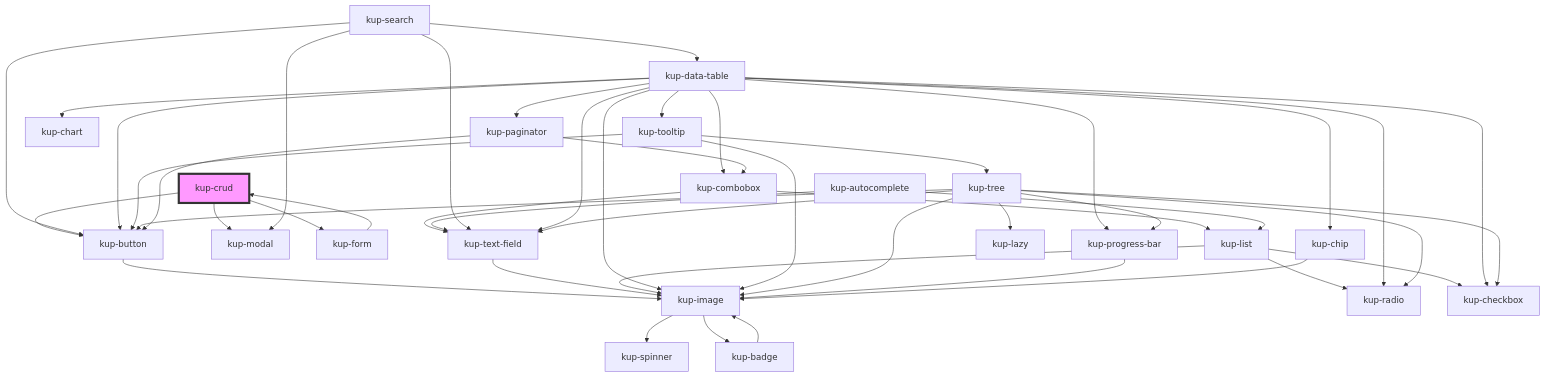
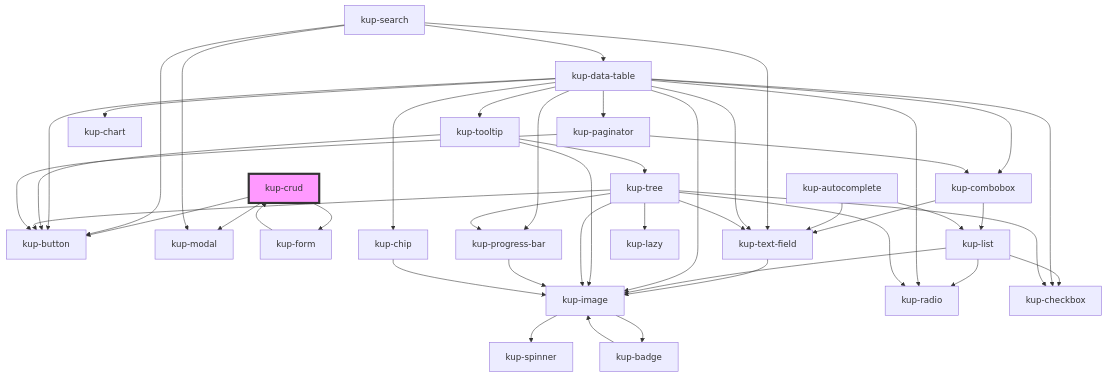
The diagram in packages/ketchup/src/components/kup-crud/readme.md (smeup/ketchup), drawn with Mermaid before and after one commit. The commit also changed 17 other files, not shown here.

Commit message:
Removed kup-image from kup-button.

````diff
--- a/packages/ketchup/src/components/kup-crud/readme.md
+++ b/packages/ketchup/src/components/kup-crud/readme.md
@@ -72,49 +72,48 @@
 ```mermaid
 graph TD;
   kup-crud --> kup-button
   kup-crud --> kup-modal
   kup-crud --> kup-form
-  kup-button --> kup-image
-  kup-image --> kup-spinner
-  kup-image --> kup-badge
-  kup-badge --> kup-image
   kup-form --> kup-crud
   kup-combobox --> kup-text-field
   kup-combobox --> kup-list
   kup-text-field --> kup-image
+  kup-image --> kup-spinner
+  kup-image --> kup-badge
+  kup-badge --> kup-image
   kup-list --> kup-image
   kup-list --> kup-radio
   kup-list --> kup-checkbox
   kup-autocomplete --> kup-text-field
   kup-autocomplete --> kup-list
   kup-search --> kup-text-field
   kup-search --> kup-button
   kup-search --> kup-modal
   kup-search --> kup-data-table
   kup-data-table --> kup-checkbox
   kup-data-table --> kup-button
   kup-data-table --> kup-text-field
   kup-data-table --> kup-tooltip
   kup-data-table --> kup-image
   kup-data-table --> kup-chart
   kup-data-table --> kup-progress-bar
   kup-data-table --> kup-radio
   kup-data-table --> kup-paginator
   kup-data-table --> kup-combobox
   kup-data-table --> kup-chip
   kup-tooltip --> kup-button
   kup-tooltip --> kup-image
   kup-tooltip --> kup-tree
   kup-tree --> kup-lazy
   kup-tree --> kup-button
   kup-tree --> kup-checkbox
   kup-tree --> kup-image
   kup-tree --> kup-progress-bar
   kup-tree --> kup-radio
   kup-tree --> kup-text-field
   kup-progress-bar --> kup-image
   kup-paginator --> kup-button
   kup-paginator --> kup-combobox
   kup-chip --> kup-image
   style kup-crud fill:#f9f,stroke:#333,stroke-width:4px
 ```
````
